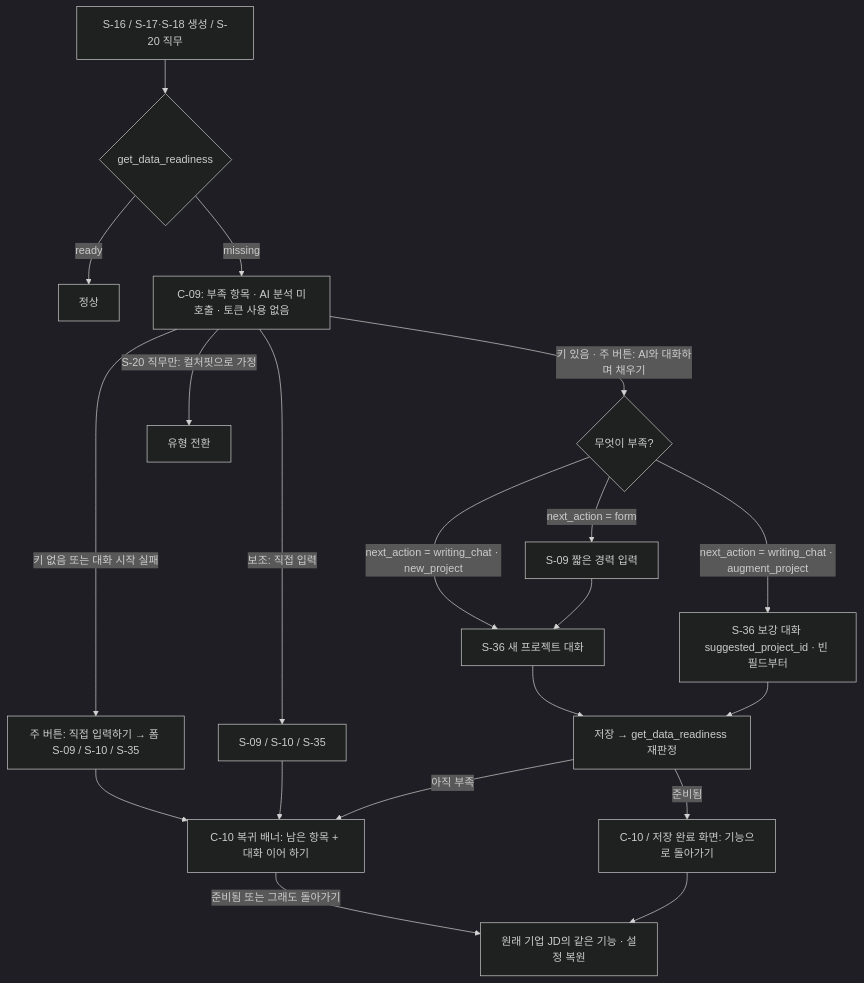
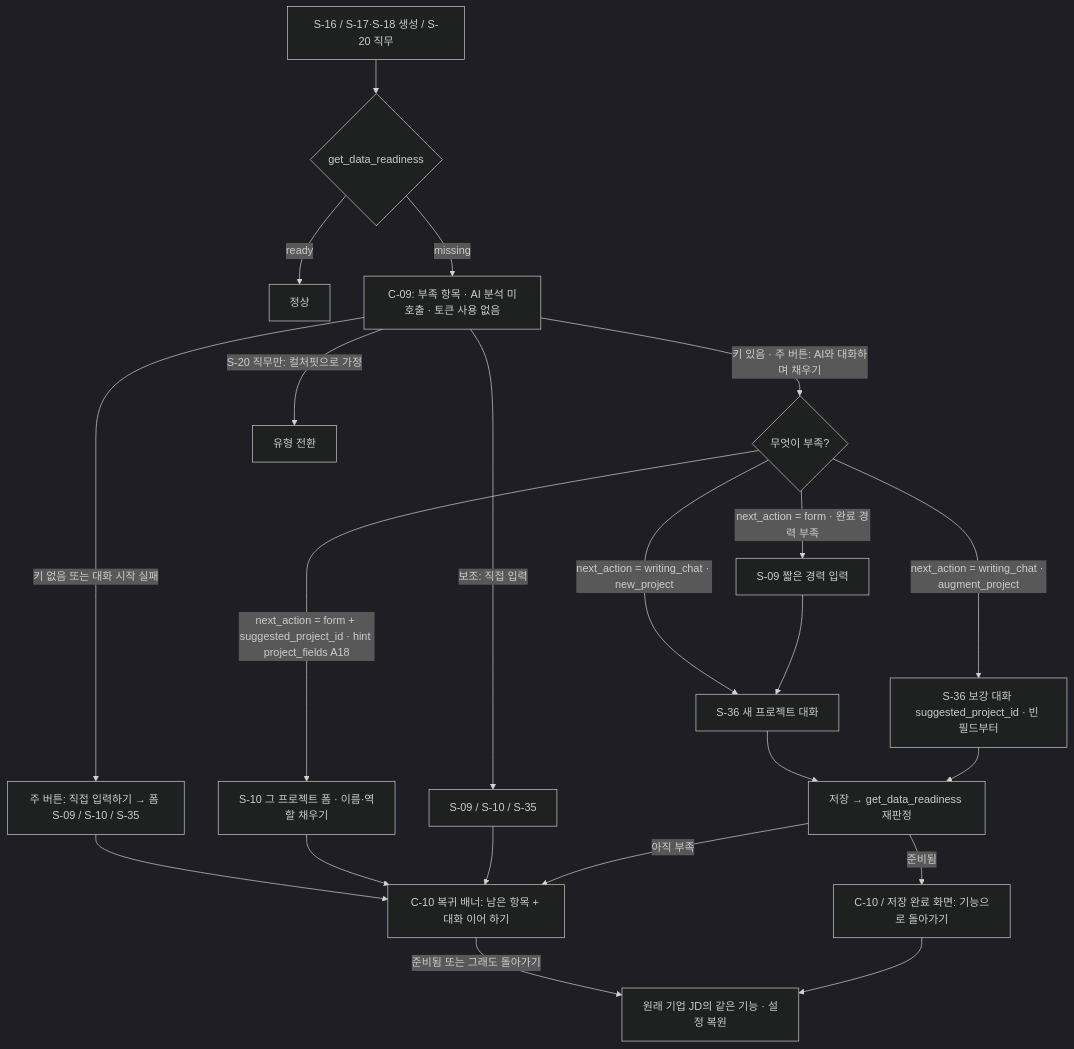
Diagram 13 of 20 in _workspace/02_ux-planner_flows.md (j-hyunn/resumate), drawn with Mermaid (dark theme) before and after one commit. The commit also changed other lines of this file and 19 other files, not shown here.

````diff
--- a/_workspace/02_ux-planner_flows.md
+++ b/_workspace/02_ux-planner_flows.md
@@ -466,21 +484,23 @@
 ```mermaid
 flowchart TD
   A[S-16 / S-17·S-18 생성 / S-20 직무] --> B{get_data_readiness}
   B -->|ready| OK[정상]
   B -->|missing| C[C-09: 부족 항목 · AI 분석 미호출 · 토큰 사용 없음]
   C -->|키 없음 또는 대화 시작 실패| FM[주 버튼: 직접 입력하기 → 폼 S-09 / S-10 / S-35]
   FM --> E
   C -->|키 있음 · 주 버튼: AI와 대화하며 채우기| K{무엇이 부족?}
   K -->|next_action = writing_chat · new_project| D1[S-36 새 프로젝트 대화]
   K -->|next_action = writing_chat · augment_project| D2[S-36 보강 대화 suggested_project_id · 빈 필드부터]
-  K -->|next_action = form| D0[S-09 짧은 경력 입력] --> D1
+  K -->|next_action = form · 완료 경력 부족| D0[S-09 짧은 경력 입력] --> D1
+  K -->|next_action = form + suggested_project_id · hint project_fields A18| D4[S-10 그 프로젝트 폼 · 이름·역할 채우기]
+  D4 --> E
   C -->|보조: 직접 입력| D3[S-09 / S-10 / S-35]
   C -->|S-20 직무만: 컬처핏으로 가정| CF[유형 전환]
   D1 --> S[저장 → get_data_readiness 재판정]
   D2 --> S
   D3 --> E
   S -->|준비됨| F[C-10 / 저장 완료 화면: 기능으로 돌아가기]
   S -->|아직 부족| E[C-10 복귀 배너: 남은 항목 + 대화 이어 하기]
   E -->|준비됨 또는 그래도 돌아가기| F2[원래 기업 JD의 같은 기능 · 설정 복원]
   F --> F2
 ```
````
